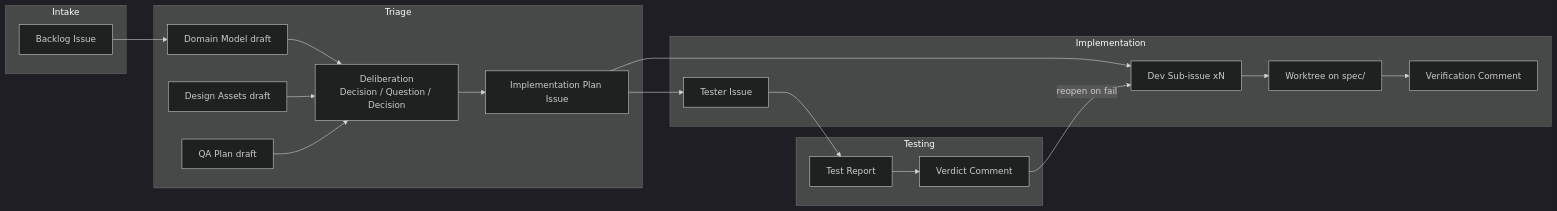
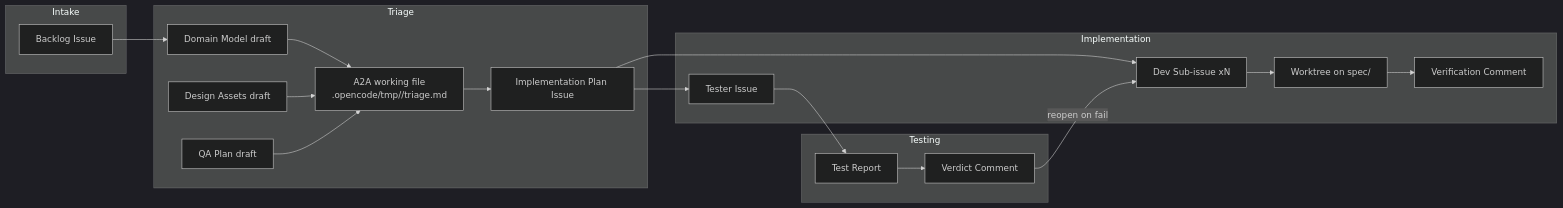
Before and after one commit to FredoAi/fredo: the diagram in docs/agentic-pipeline/artifacts.md, drawn with Mermaid (dark theme). The commit also changed other lines of this file and 13 other files, not shown here.

First line of the commit message:
feat(pipeline): triage-init A2A file deliberation + EARS scoped to behavioral requirements

````diff
--- a/docs/agentic-pipeline/artifacts.md
+++ b/docs/agentic-pipeline/artifacts.md
@@ -9,38 +9,38 @@
 ```mermaid
 flowchart LR
     subgraph Intake
         BL[Backlog Issue]
     end
 
     subgraph Triage
         DM[Domain Model draft]
         DS[Design Assets draft]
         QAP[QA Plan draft]
-        DEL[Deliberation<br/>Decision / Question / Decision]
+        A2A[A2A working file<br/>.opencode/tmp/<issue>/triage.md]
         IP[Implementation Plan Issue]
     end
 
     subgraph Implementation
         SUB[Dev Sub-issue xN]
         TIS[Tester Issue]
         WT[Worktree on spec/<N>]
         VR[Verification Comment]
     end
 
     subgraph Testing
         TR[Test Report]
         VD[Verdict Comment]
     end
 
     BL --> DM
-    DM --> DEL
-    DS --> DEL
-    QAP --> DEL
-    DEL --> IP
+    DM --> A2A
+    DS --> A2A
+    QAP --> A2A
+    A2A --> IP
     IP --> SUB
     IP --> TIS
     SUB --> WT
     WT --> VR
     TIS --> TR --> VD
     VD -->|reopen on fail| SUB
 ```
````
